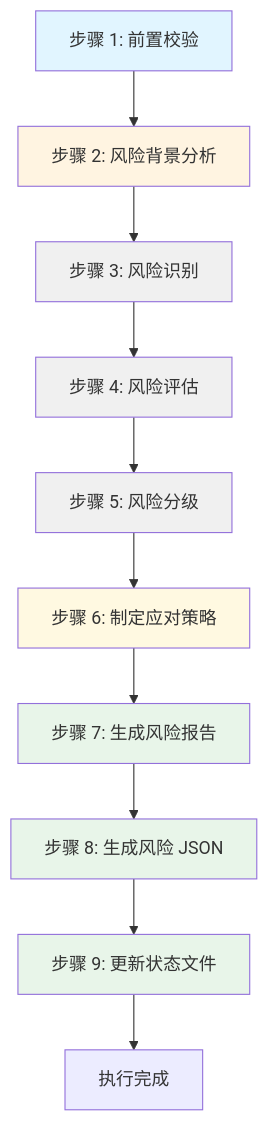
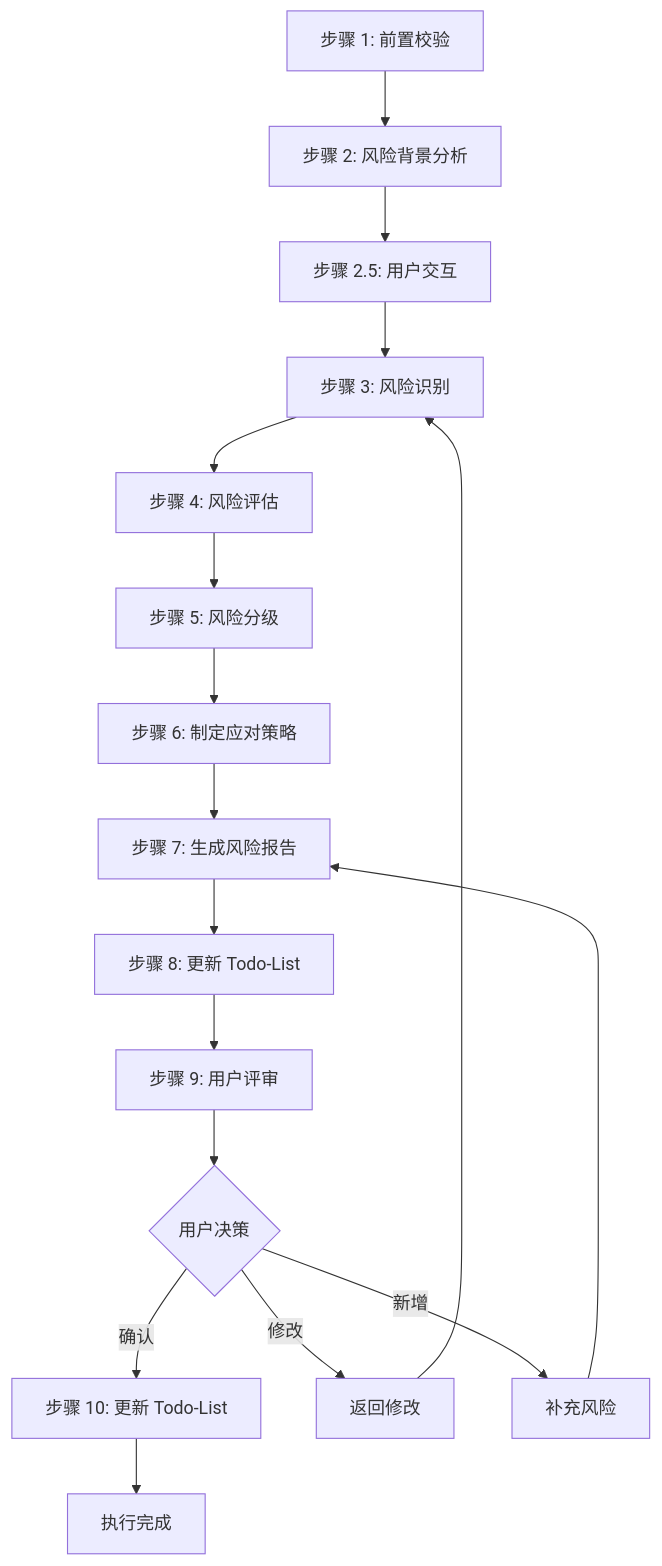
One commit to HeartFlying/swf changed the first of 2 diagrams in skills/s3-technical/skill7-risk/SKILL.md. Above: the diagram before and after it, drawn with Mermaid. The commit also changed other lines of this file and 39 other files, not shown here.

````diff
--- a/skills/s3-technical/skill7-risk/SKILL.md
+++ b/skills/s3-technical/skill7-risk/SKILL.md
@@ -104,22 +234,19 @@
 ```mermaid
 graph TD
     A[步骤 1: 前置校验] --> B[步骤 2: 风险背景分析]
-    B --> C[步骤 3: 风险识别]
-    C --> D[步骤 4: 风险评估]
-    D --> E[步骤 5: 风险分级]
-    E --> F[步骤 6: 制定应对策略]
-    F --> G[步骤 7: 生成风险报告]
-    G --> H[步骤 8: 生成风险 JSON]
-    H --> I[步骤 9: 更新状态文件]
-    I --> J[执行完成]
-    
-    style A fill:#e1f5ff
-    style B fill:#fff4e1
-    style C fill:#f0f0f0
-    style D fill:#f0f0f0
-    style E fill:#f0f0f0
-    style F fill:#fff9e1
-    style G fill:#e8f5e9
-    style H fill:#e8f5e9
-    style I fill:#e8f5e9
+    B --> C[步骤 2.5: 用户交互]
+    C --> D[步骤 3: 风险识别]
+    D --> E[步骤 4: 风险评估]
+    E --> F[步骤 5: 风险分级]
+    F --> G[步骤 6: 制定应对策略]
+    G --> H[步骤 7: 生成风险报告]
+    H --> I[步骤 8: 更新 Todo-List]
+    I --> J[步骤 9: 用户评审]
+    J --> K{用户决策}
+    K -->|确认 | L[步骤 10: 更新 Todo-List]
+    K -->|修改 | M[返回修改]
+    K -->|新增 | N[补充风险]
+    L --> O[执行完成]
+    M --> D
+    N --> H
 ```
````
